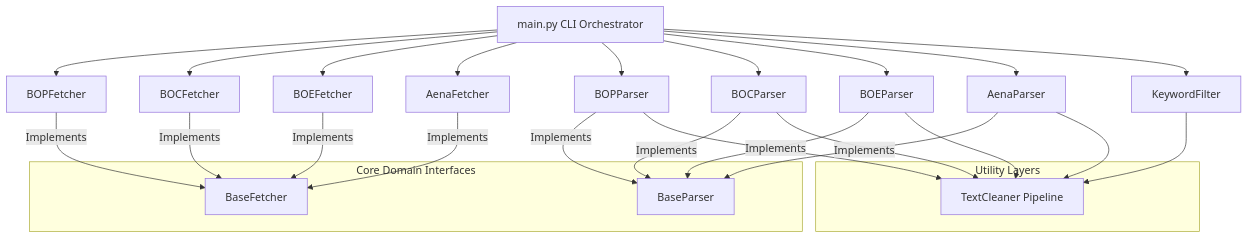
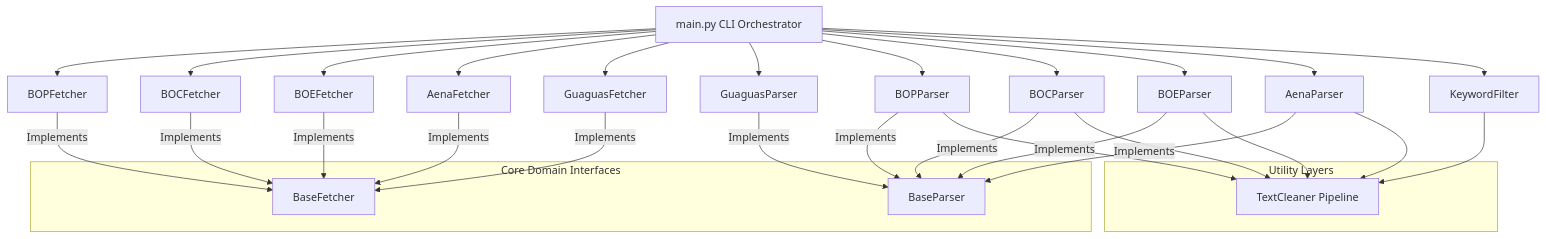
The diagram in README.md (alejandroqs/job-finder), drawn with Mermaid before and after one commit. The commit also changed other lines of this file and 15 other files, not shown here.

````diff
--- a/README.md
+++ b/README.md
@@ -22,36 +22,40 @@
 ```mermaid
 graph TD
     CLI[main.py CLI Orchestrator] --> BOPFetcher[BOPFetcher]
     CLI --> BOCFetcher[BOCFetcher]
     CLI --> BOEFetcher[BOEFetcher]
     CLI --> AenaFetcher[AenaFetcher]
+    CLI --> GuaguasFetcher[GuaguasFetcher]
+    CLI --> GuaguasParser[GuaguasParser]
     CLI --> BOPParser[BOPParser]
     CLI --> BOCParser[BOCParser]
     CLI --> BOEParser[BOEParser]
     CLI --> AenaParser[AenaParser]
     CLI --> Filter[KeywordFilter]
     
     subgraph Core Domain Interfaces
         IFetcher[BaseFetcher]
         IParser[BaseParser]
     end
     
     BOPFetcher -- Implements --> IFetcher
     BOCFetcher -- Implements --> IFetcher
     BOEFetcher -- Implements --> IFetcher
     AenaFetcher -- Implements --> IFetcher
     BOPParser -- Implements --> IParser
     BOCParser -- Implements --> IParser
     BOEParser -- Implements --> IParser
     AenaParser -- Implements --> IParser
+    GuaguasFetcher -- Implements --> IFetcher
+    GuaguasParser -- Implements --> IParser
     
     subgraph Utility Layers
         Cleaner[TextCleaner Pipeline]
     end
     
     BOPParser --> Cleaner
     BOCParser --> Cleaner
     BOEParser --> Cleaner
     AenaParser --> Cleaner
     Filter --> Cleaner
 ```
````
